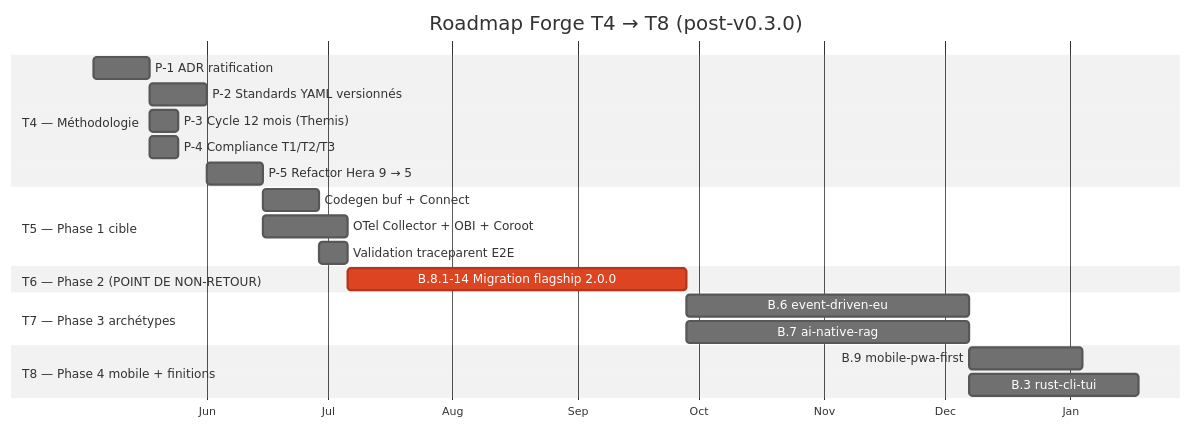
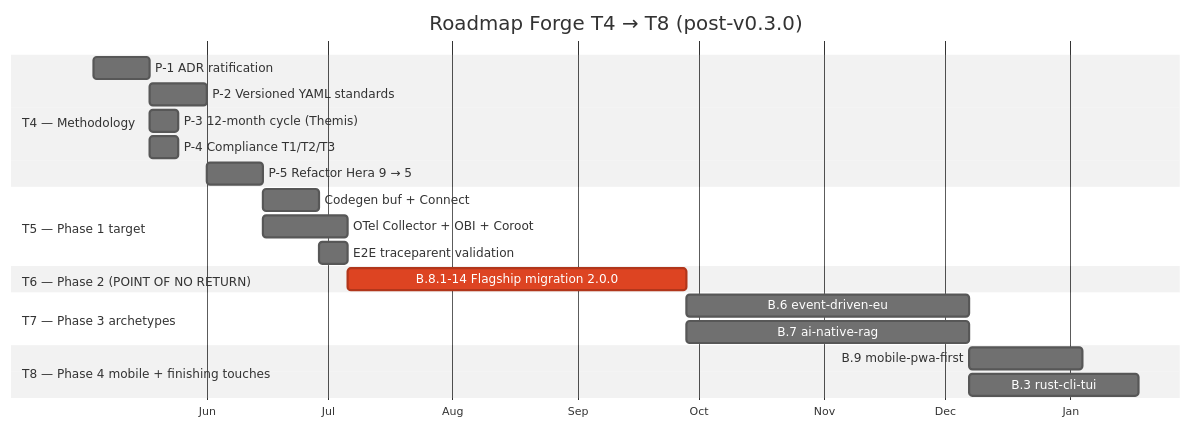
One commit to b-fontaine/forge changed the ninth of 9 diagrams in docs/medium.md. Above: the diagram before and after it, drawn with Mermaid (neutral theme). The commit also changed other lines of this file and 8 other files, not shown here.

````diff
--- a/docs/medium.md
+++ b/docs/medium.md
@@ -508,29 +508,29 @@
 ```mermaid
 gantt
     title Roadmap Forge T4 → T8 (post-v0.3.0)
     dateFormat YYYY-MM-DD
     axisFormat %b
 
-    section T4 — Méthodologie
+    section T4 — Methodology
     P-1 ADR ratification          :a1, 2026-05-04, 2w
-    P-2 Standards YAML versionnés :a2, after a1, 2w
-    P-3 Cycle 12 mois (Themis)    :a3, after a1, 1w
+    P-2 Versioned YAML standards  :a2, after a1, 2w
+    P-3 12-month cycle (Themis)   :a3, after a1, 1w
     P-4 Compliance T1/T2/T3       :a4, after a1, 1w
     P-5 Refactor Hera 9 → 5       :a5, after a2, 2w
 
-    section T5 — Phase 1 cible
+    section T5 — Phase 1 target
     Codegen buf + Connect          :b1, after a5, 2w
     OTel Collector + OBI + Coroot  :b2, after a5, 3w
-    Validation traceparent E2E     :b3, after b1, 1w
+    E2E traceparent validation     :b3, after b1, 1w
 
-    section T6 — Phase 2 (POINT DE NON-RETOUR)
-    B.8.1-14 Migration flagship 2.0.0 :crit, c1, after b3, 12w
+    section T6 — Phase 2 (POINT OF NO RETURN)
+    B.8.1-14 Flagship migration 2.0.0 :crit, c1, after b3, 12w
 
-    section T7 — Phase 3 archétypes
+    section T7 — Phase 3 archetypes
     B.6 event-driven-eu  :d1, after c1, 10w
     B.7 ai-native-rag    :d2, after c1, 10w
 
-    section T8 — Phase 4 mobile + finitions
+    section T8 — Phase 4 mobile + finishing touches
     B.9 mobile-pwa-first :e1, after d2, 4w
     B.3 rust-cli-tui     :e2, after d2, 6w
 ```
````
